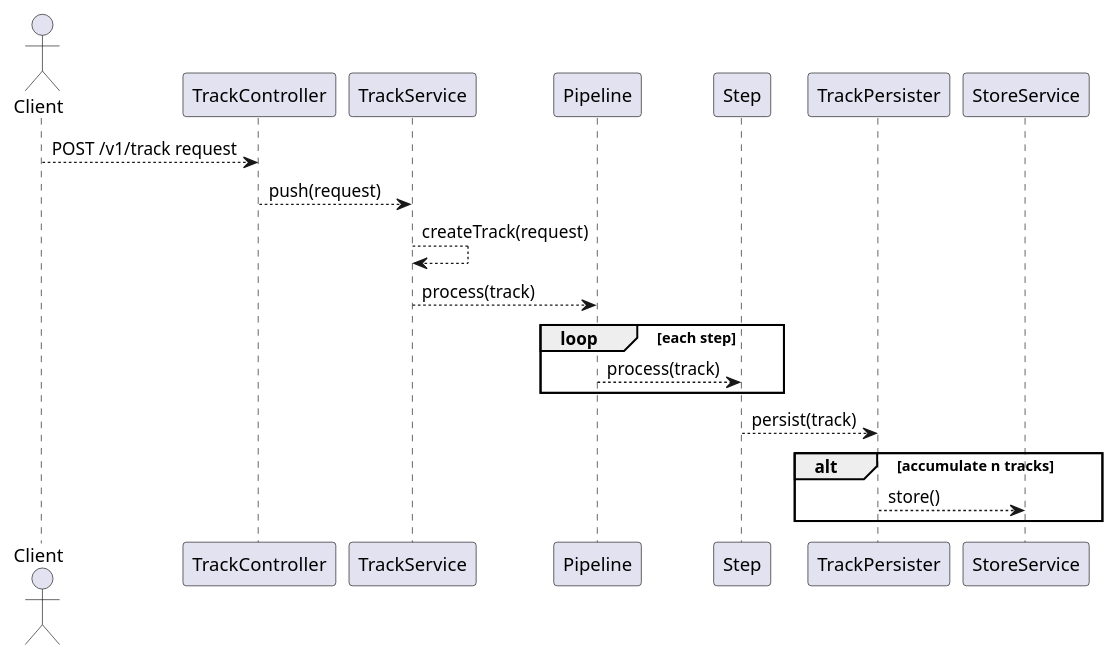
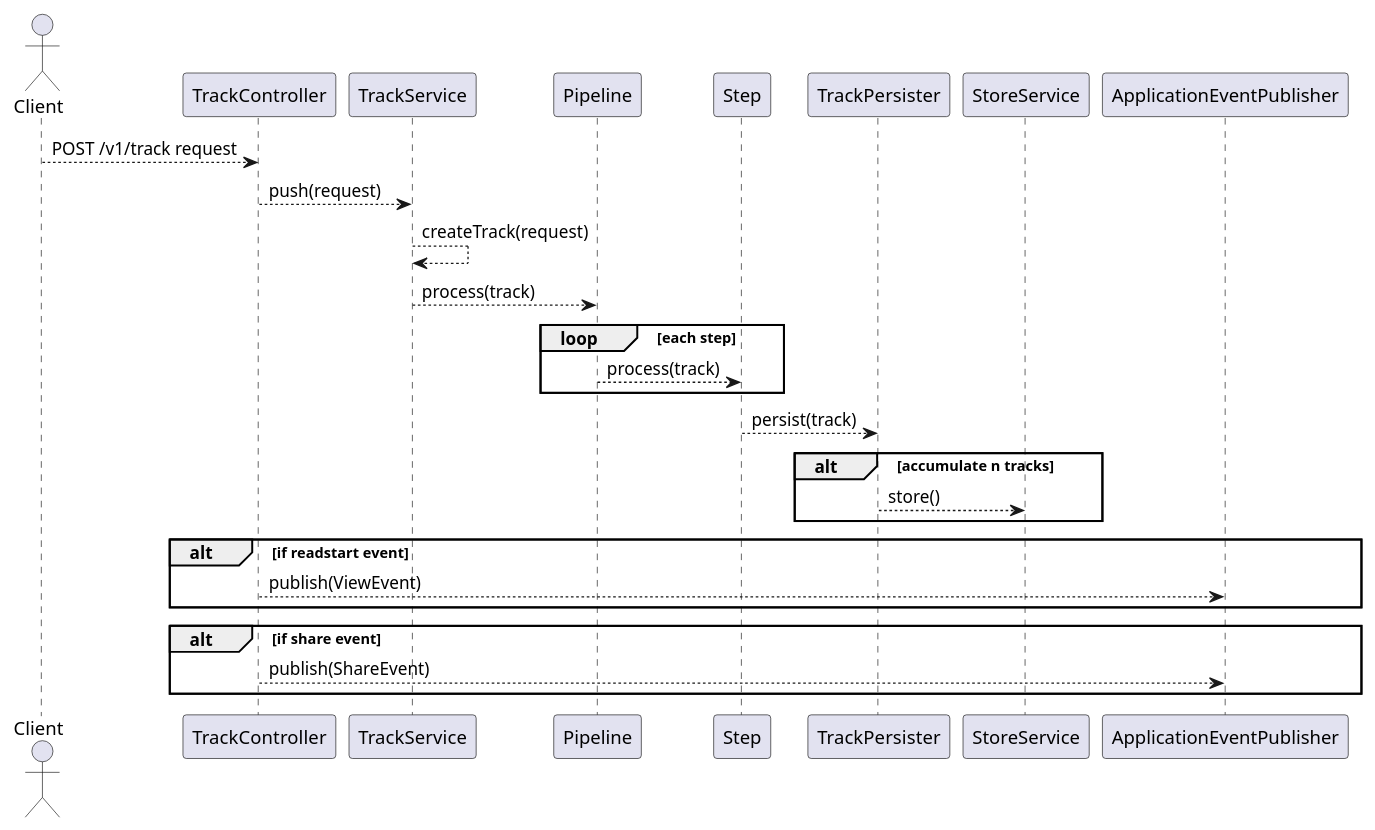
The second of 2 diagrams in architecture/wutsi-track-service/README.md (wutsi/wutsi.github.io), drawn with PlantUML before and after one commit. The commit also changed other lines of this file, not shown here.

````diff
--- a/architecture/wutsi-track-service/README.md
+++ b/architecture/wutsi-track-service/README.md
@@ -29,22 +29,28 @@
 ```plantuml
 @startuml
-
 Actor Client
 
 Client --> TrackController: POST /v1/track request
 TrackController --> TrackService: push(request)
 TrackService --> TrackService: createTrack(request)
 TrackService --> Pipeline: process(track)
 
 loop each step
   Pipeline --> Step: process(track)
 end loop
 
 Step --> TrackPersister: persist(track)
 
 alt accumulate n tracks
   TrackPersister --> StoreService: store()
 end alt
 
+alt if readstart event
+  TrackController --> ApplicationEventPublisher: publish(ViewEvent)
+end alt
+alt if share event
+  TrackController --> ApplicationEventPublisher: publish(ShareEvent)
+end alt
+
 @enduml
 ```
````
